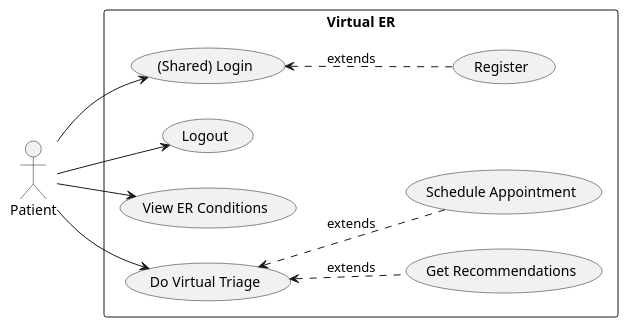
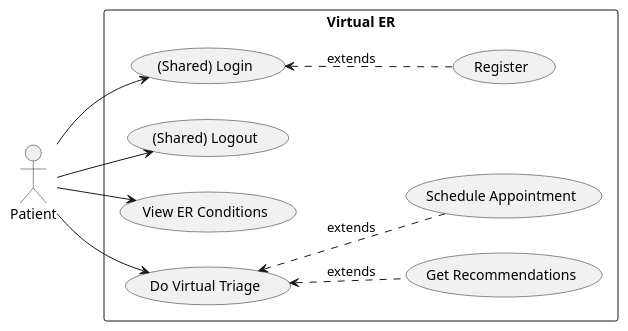
The diagram in milestone_1/use_case_diagrams/patient.puml (SENG-350-2024-fall/Group2), drawn with PlantUML before and after one commit.

Commit message:
test puml workflow

```diff
--- a/milestone_1/use_case_diagrams/patient.puml
+++ b/milestone_1/use_case_diagrams/patient.puml
@@ -1,20 +1,20 @@
 @startuml Patient Use Case Diagram
 left to right direction
 :Patient: as p
 rectangle "Virtual ER" {
   usecase "(Shared) Login" as login
   (Register) as reg
-  (Logout) as logout
+  usecase "(Shared) Logout" as logout
   (View ER Conditions) as view_er
   (Do Virtual Triage) as triage
   (Get Recommendations) as get_rec
   (Schedule Appointment) as schedule
 }
 p --> login
 p --> logout
 p --> view_er
 p --> triage
 login <.. reg : extends
 triage <.. get_rec: extends
 triage <.. schedule : extends
 @enduml
```
